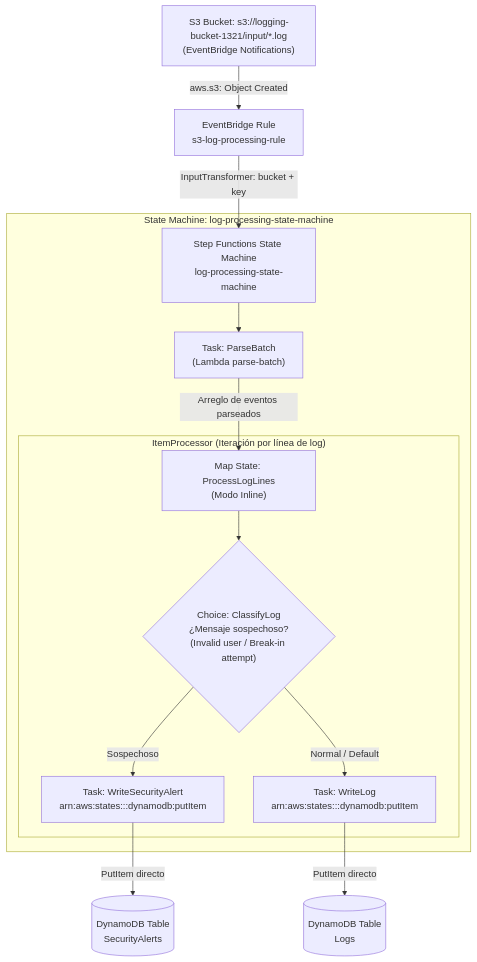
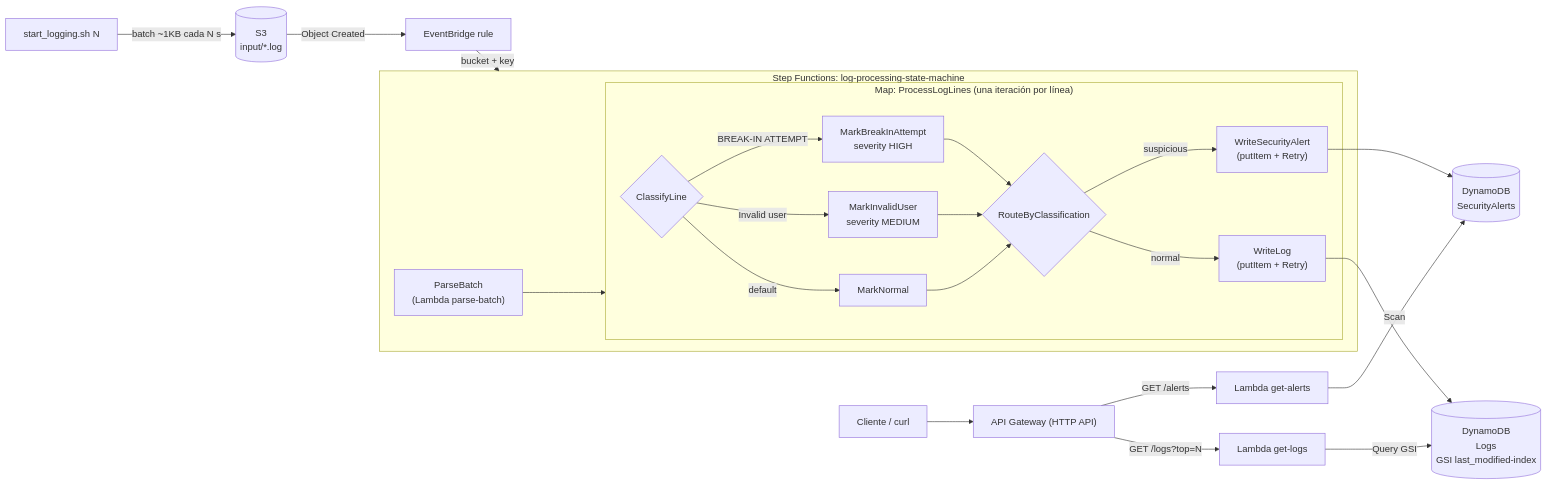
The diagram in README.md (Dakewer/lambda-test), drawn with Mermaid before and after one commit. The commit also changed other lines of this file, not shown here.

````diff
--- a/README.md
+++ b/README.md
@@ -112,19 +20,25 @@
 ```mermaid
-flowchart TD
-    S3["S3 Bucket: s3://logging-bucket-1321/input/*.log<br/>(EventBridge Notifications)"] -->|aws.s3: Object Created| EBR["EventBridge Rule<br/>s3-log-processing-rule"]
-    EBR -->|InputTransformer: bucket + key| SFN["Step Functions State Machine<br/>log-processing-state-machine"]
+flowchart LR
+    Script["start_logging.sh N"] -->|batch ~1KB cada N s| S3[("S3<br/>input/*.log")]
+    S3 -->|Object Created| EB["EventBridge rule"]
+    EB -->|bucket + key| SFN
 
-    subgraph SFN_Workflow["State Machine: log-processing-state-machine"]
-        SFN --> PB["Task: ParseBatch<br/>(Lambda parse-batch)"]
-        PB -->|Arreglo de eventos parseados| Map["Map State: ProcessLogLines<br/>(Modo Inline)"]
-
-        subgraph MapProcessor["ItemProcessor (Iteración por línea de log)"]
-            Map --> Choice{"Choice: ClassifyLog<br/>¿Mensaje sospechoso?<br/>(Invalid user / Break-in attempt)"}
-            Choice -->|Sospechoso| WriteSec["Task: WriteSecurityAlert<br/>arn:aws:states:::dynamodb:putItem"]
-            Choice -->|Normal / Default| WriteLog["Task: WriteLog<br/>arn:aws:states:::dynamodb:putItem"]
+    subgraph SFN["Step Functions: log-processing-state-machine"]
+        PB["ParseBatch<br/>(Lambda parse-batch)"] --> Map
+        subgraph Map["Map: ProcessLogLines (una iteración por línea)"]
+            C1{"ClassifyLine"} -->|BREAK-IN ATTEMPT| H["MarkBreakInAttempt<br/>severity HIGH"]
+            C1 -->|Invalid user| M["MarkInvalidUser<br/>severity MEDIUM"]
+            C1 -->|default| N["MarkNormal"]
+            H & M & N --> C2{"RouteByClassification"}
+            C2 -->|suspicious| WS["WriteSecurityAlert<br/>(putItem + Retry)"]
+            C2 -->|normal| WL["WriteLog<br/>(putItem + Retry)"]
         end
     end
 
-    WriteSec -->|PutItem directo| SecTable[("DynamoDB Table<br/>SecurityAlerts")]
-    WriteLog -->|PutItem directo| LogsTable[("DynamoDB Table<br/>Logs")]
+    WS --> SA[("DynamoDB<br/>SecurityAlerts")]
+    WL --> LG[("DynamoDB<br/>Logs<br/>GSI last_modified-index")]
+
+    Client["Cliente / curl"] --> API["API Gateway (HTTP API)"]
+    API -->|GET /alerts| LA["Lambda get-alerts"] -->|Scan| SA
+    API -->|GET /logs?top=N| LL["Lambda get-logs"] -->|Query GSI| LG
 ```
````
